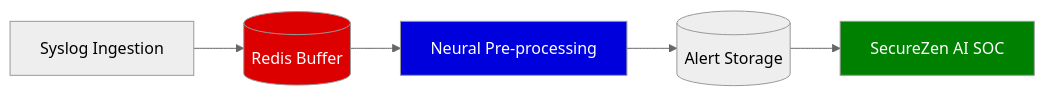
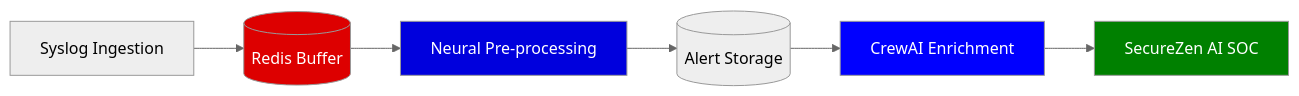
One commit to pr4vndevhubX/SecureZen changed the diagram in standalone_app/features/syslog_analysis/syslog_pipeline.md. Above: the diagram before and after it, drawn with Mermaid (neutral theme). The commit also changed other lines of this file and 76 other files, not shown here.

Commit message:
docs: Update for v1.8.0 - CrewAI Enrichment & Windows Stability

````diff
--- a/standalone_app/features/syslog_analysis/syslog_pipeline.md
+++ b/standalone_app/features/syslog_analysis/syslog_pipeline.md
@@ -7,11 +7,13 @@
 ```mermaid
 graph LR
     A[Syslog Ingestion] --> B[(Redis Buffer)]
     B --> C[Neural Pre-processing]
     C --> D[(Alert Storage)]
-    D --> E[SecureZen AI SOC]
+    D --> E[CrewAI Enrichment]
+    E --> F[SecureZen AI SOC]
     
     style B fill:#d00,color:#fff
     style C fill:#00d,color:#fff
-    style E fill:#008000,color:#fff
+    style E fill:#00f,color:#fff
+    style F fill:#008000,color:#fff
 ```
````
